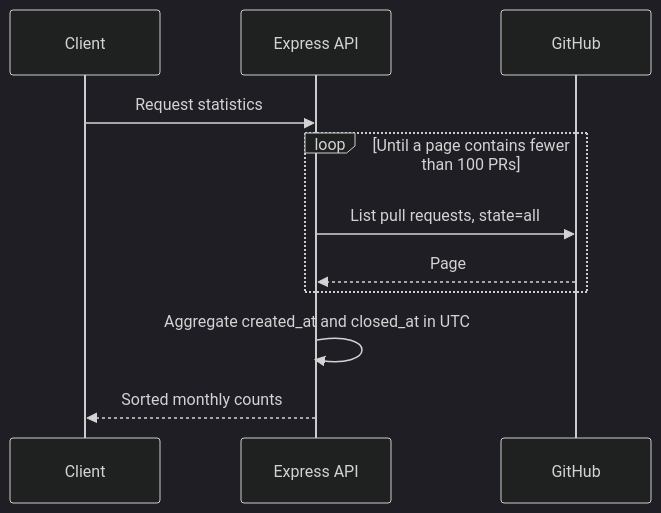
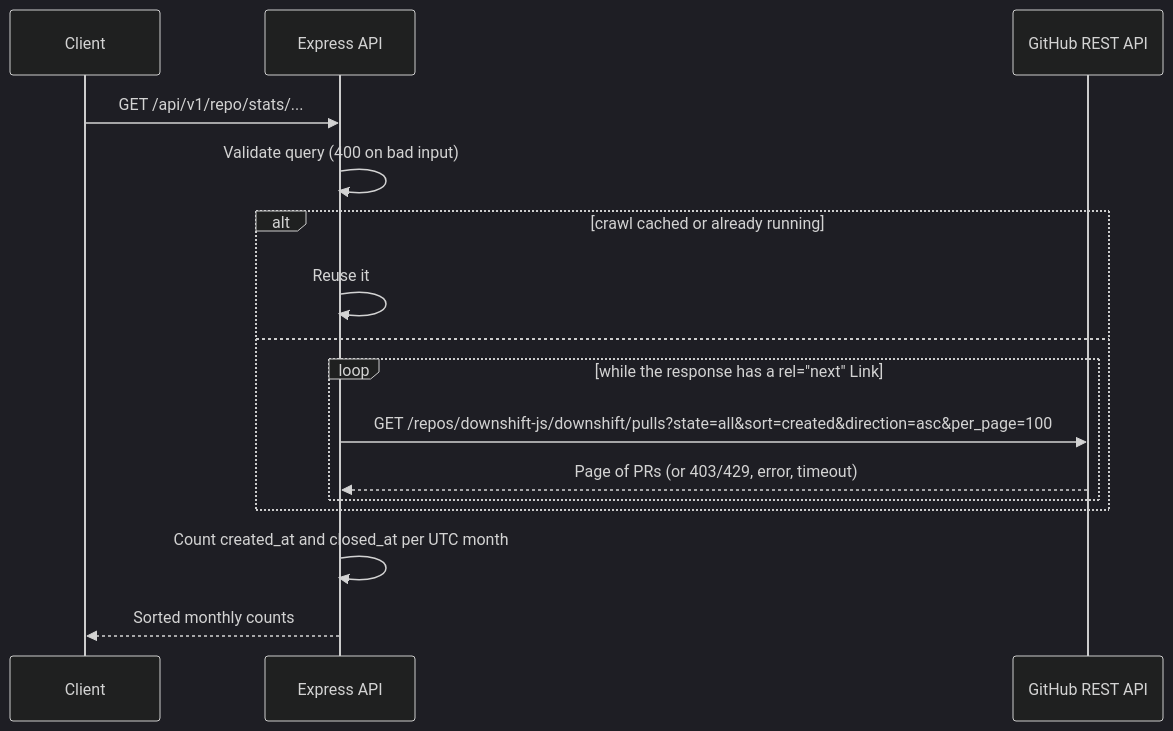
Before and after one commit to dev-nezuko/github-api-service-kit: the diagram in README.md, drawn with Mermaid (dark theme). The commit also changed other lines of this file and 1 other file, not shown here.

First line of the commit message:
Rewrite README around the real scope and document error responses

````diff
--- a/README.md
+++ b/README.md
@@ -49,13 +85,18 @@
 ```mermaid
 sequenceDiagram
   participant C as Client
   participant A as Express API
-  participant G as GitHub
-  C->>A: Request statistics
-  loop Until a page contains fewer than 100 PRs
-    A->>G: List pull requests, state=all
-    G-->>A: Page
+  participant G as GitHub REST API
+  C->>A: GET /api/v1/repo/stats/...
+  A->>A: Validate query (400 on bad input)
+  alt crawl cached or already running
+    A->>A: Reuse it
+  else
+    loop while the response has a rel="next" Link
+      A->>G: GET /repos/downshift-js/downshift/pulls?state=all&sort=created&direction=asc&per_page=100
+      G-->>A: Page of PRs (or 403/429, error, timeout)
+    end
   end
-  A->>A: Aggregate created_at and closed_at in UTC
+  A->>A: Count created_at and closed_at per UTC month
   A-->>C: Sorted monthly counts
 ```
````
